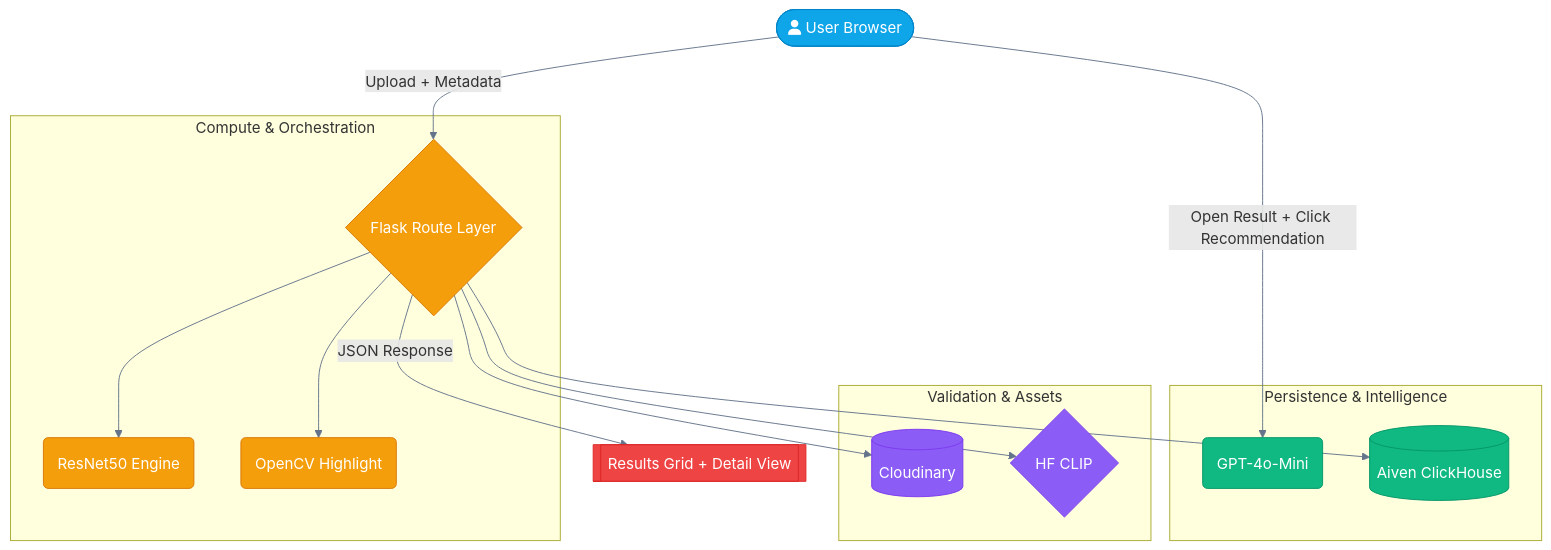
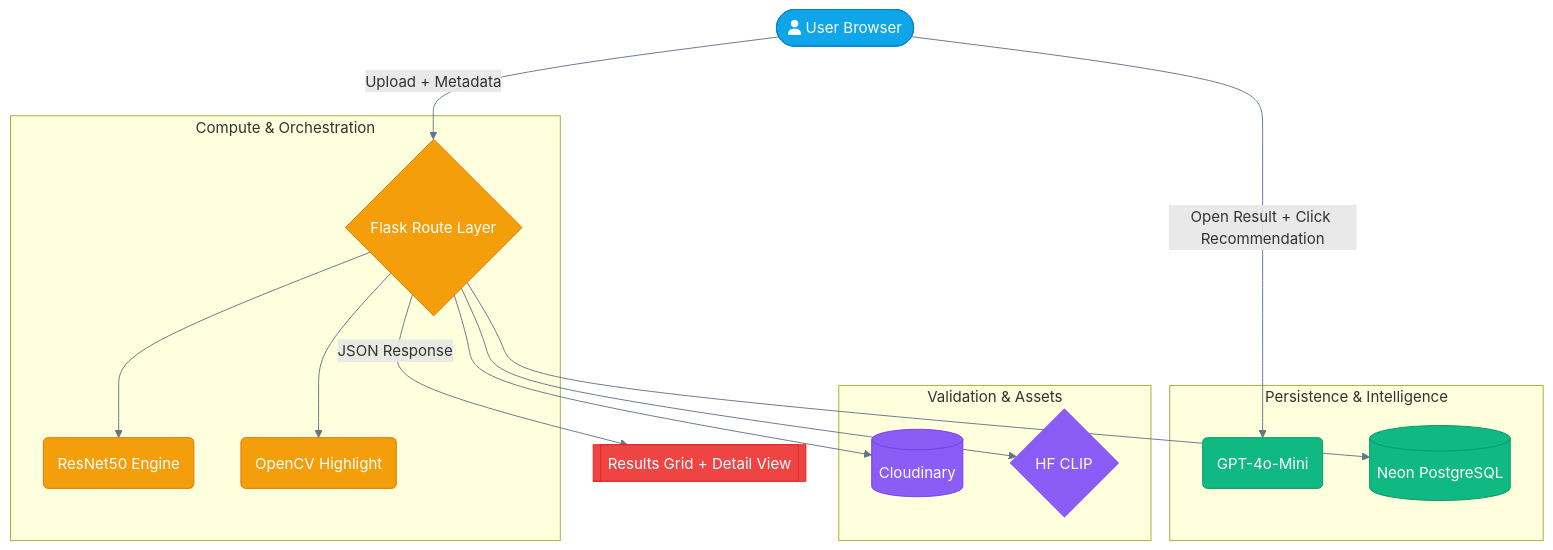
Before and after one commit to rautaditya2606/wheat_detection: the diagram in README.md, drawn with Mermaid. The commit also changed other lines of this file, not shown here.

````diff
--- a/README.md
+++ b/README.md
@@ -24,43 +24,43 @@
 ```mermaid
 graph TB
     %% Enhanced Style Definitions
     classDef userNode fill:#0ea5e9,stroke:#0284c7,stroke-width:1px,color:#fff,rx:10,ry:10;
     classDef backendNode fill:#f59e0b,stroke:#d97706,stroke-width:1px,color:#fff,rx:5,ry:5;
     classDef storageNode fill:#8b5cf6,stroke:#7c3aed,stroke-width:1px,color:#fff,rx:5,ry:5;
     classDef intelligenceNode fill:#10b981,stroke:#059669,stroke-width:1px,color:#fff,rx:5,ry:5;
     classDef uiNode fill:#ef4444,stroke:#dc2626,stroke-width:1px,color:#fff,rx:10,ry:10;
 
     %% Nodes
     User([fa:fa-user User Browser]):::userNode
     
     subgraph "Compute & Orchestration"
         Backend{Flask Route Layer}:::backendNode
         ResNet(ResNet50 Engine):::backendNode
         OpenCV(OpenCV Highlight):::backendNode
     end
 
     subgraph "Validation & Assets"
         Cloudinary[(Cloudinary)]:::storageNode
         CLIP{HF CLIP}:::storageNode
     end
 
     subgraph "Persistence & Intelligence"
         LLM(GPT-4o-Mini):::intelligenceNode
-        ClickHouse[(Aiven ClickHouse)]:::intelligenceNode
+        NeonDB[(Neon PostgreSQL)]:::intelligenceNode
     end
 
     Response[[Results Grid + Detail View]]:::uiNode
 
     %% Styled Connections
     User ==>|Upload + Metadata| Backend
     Backend --> Cloudinary
     Backend --> CLIP
     Backend --> ResNet
     Backend --> OpenCV
-    Backend --> ClickHouse
+    Backend --> NeonDB
     User ==>|Open Result + Click Recommendation| LLM
     Backend ==>|JSON Response| Response
 
     %% Global Link Styling
     linkStyle default stroke:#64748b,stroke-width:1px,transition:0.3s;
 ```
````
